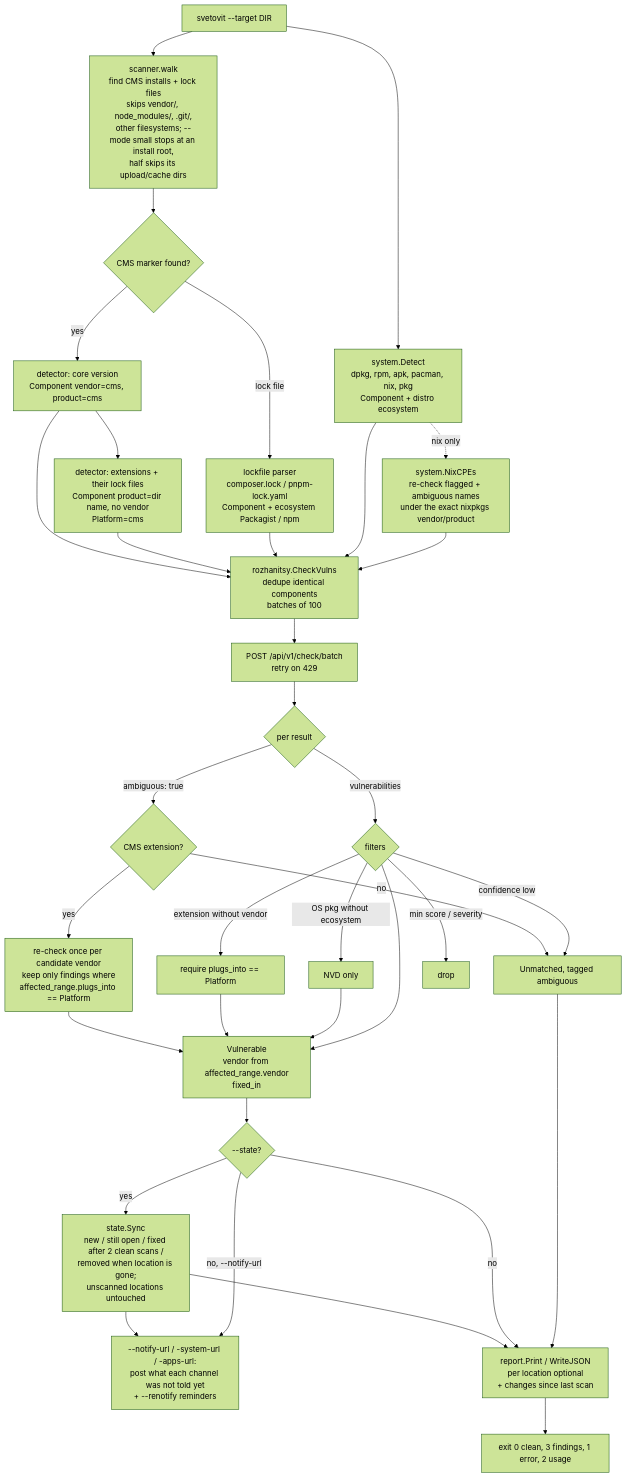
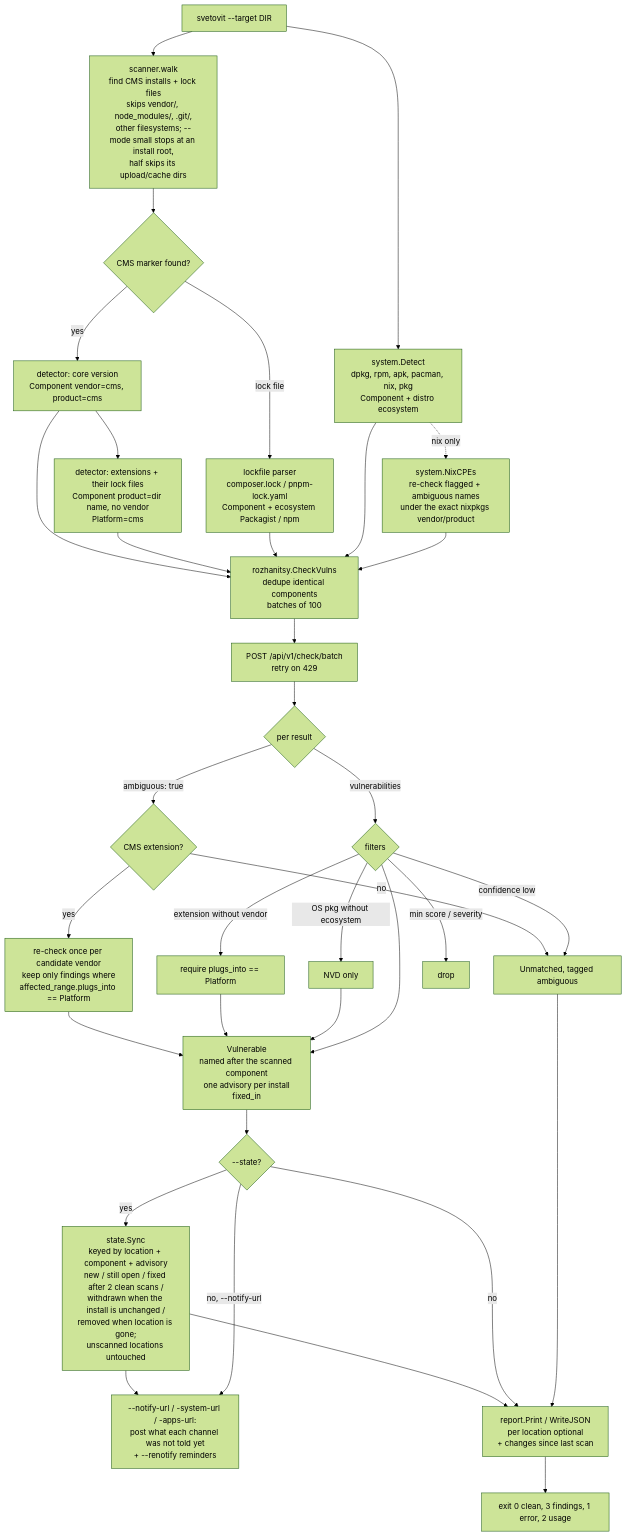
Before and after one commit to TadeasDitte/svetovit: the diagram in docs/flow.md, drawn with Mermaid (forest theme). The commit also changed other lines of this file and 10 other files, not shown here.

First line of the commit message:
Refactor vulnerability handling and database schema for improved advisory tracking

````diff
--- a/docs/flow.md
+++ b/docs/flow.md
@@ -6,43 +6,43 @@
 ```mermaid
 flowchart TD
     A[svetovit --target DIR] --> B[scanner.walk<br/>find CMS installs + lock files<br/>skips vendor/, node_modules/, .git/,<br/>other filesystems; --mode small stops at an install root,<br/>half skips its upload/cache dirs]
     B --> C{CMS marker found?}
     C -->|yes| D[detector: core version<br/>Component vendor=cms, product=cms]
     D --> E[detector: extensions + their lock files<br/>Component product=dir name, no vendor<br/>Platform=cms]
     C -->|lock file| F[lockfile parser<br/>composer.lock / pnpm-lock.yaml<br/>Component + ecosystem Packagist / npm]
     A --> G[system.Detect<br/>dpkg, rpm, apk, pacman, nix, pkg<br/>Component + distro ecosystem]
 
     D --> H
     E --> H
     F --> H
     G --> H
 
     H[rozhanitsy.CheckVulns<br/>dedupe identical components<br/>batches of 100] --> I[POST /api/v1/check/batch<br/>retry on 429]
     I --> J{per result}
 
     J -->|ambiguous: true| K{CMS extension?}
     K -->|no| U[Unmatched, tagged ambiguous]
     K -->|yes| L[re-check once per candidate vendor<br/>keep only findings where<br/>affected_range.plugs_into == Platform]
     L --> V
 
     J -->|vulnerabilities| M{filters}
     M -->|extension without vendor| N[require plugs_into == Platform]
     M -->|OS pkg without ecosystem| O[NVD only]
     M -->|confidence low| U
     M -->|min score / severity| P[drop]
     N --> V
     O --> V
-    M --> V[Vulnerable<br/>vendor from affected_range.vendor<br/>fixed_in]
+    M --> V[Vulnerable<br/>named after the scanned component<br/>one advisory per install<br/>fixed_in]
 
     G -. nix only .-> Q[system.NixCPEs<br/>re-check flagged + ambiguous names<br/>under the exact nixpkgs vendor/product]
     Q --> H
 
     V --> T{--state?}
-    T -->|yes| W[state.Sync<br/>new / still open / fixed after 2 clean scans /<br/>removed when location is gone;<br/>unscanned locations untouched]
+    T -->|yes| W[state.Sync<br/>keyed by location + component + advisory<br/>new / still open / fixed after 2 clean scans /<br/>withdrawn when the install is unchanged /<br/>removed when location is gone;<br/>unscanned locations untouched]
     W --> X[--notify-url / -system-url / -apps-url:<br/>post what each channel was not told yet<br/>+ --renotify reminders]
     T -->|no, --notify-url| X
     W --> R[report.Print / WriteJSON<br/>per location optional<br/>+ changes since last scan]
     T -->|no| R
     U --> R
     R --> S[exit 0 clean, 3 findings, 1 error, 2 usage]
 ```
````
